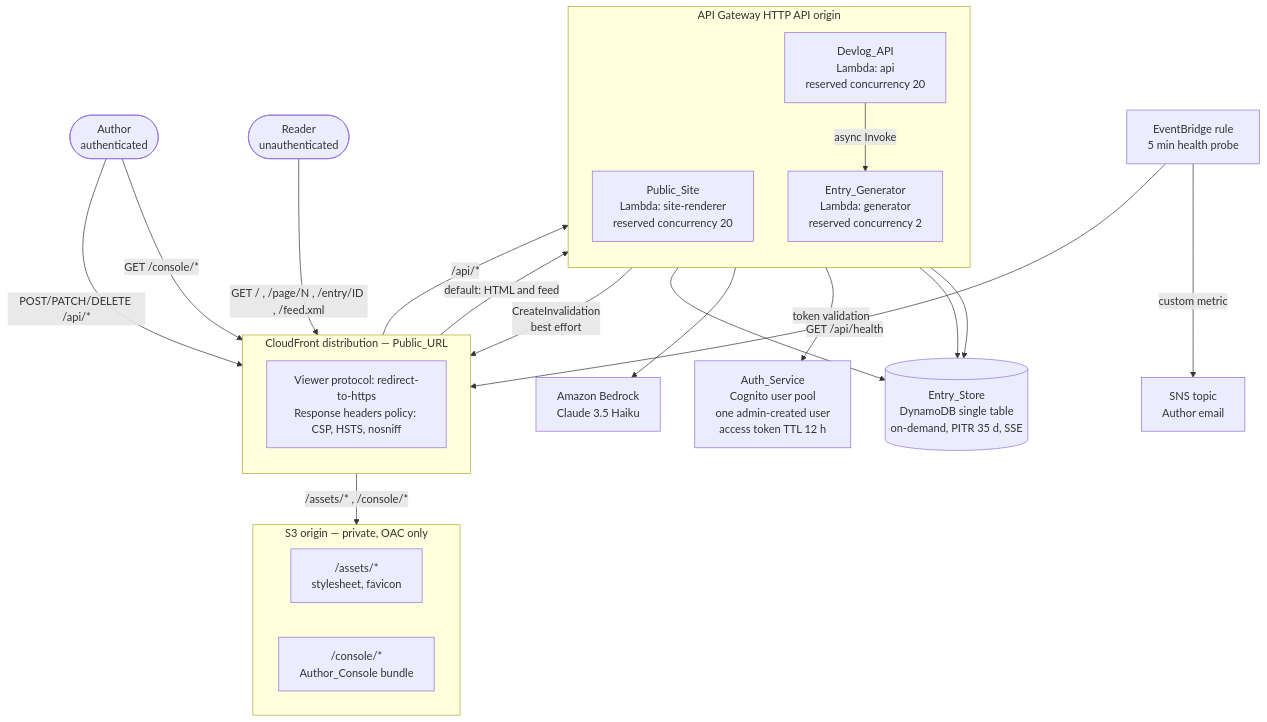
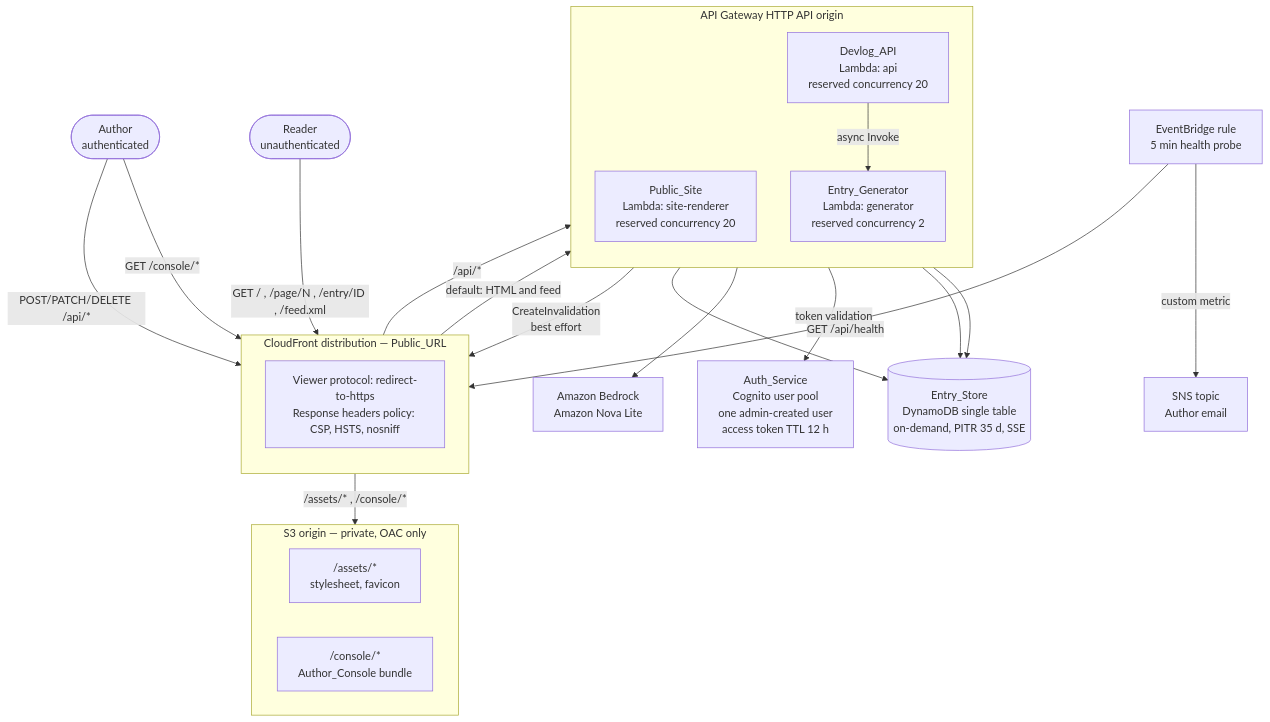
The first of 5 diagrams in .kiro/specs/devlog-narrator/design.md (Binod231/Zero-agent), drawn with Mermaid before and after one commit. The commit also changed other lines of this file and 24 other files, not shown here.

````diff
--- a/.kiro/specs/devlog-narrator/design.md
+++ b/.kiro/specs/devlog-narrator/design.md
@@ -75,46 +75,46 @@
 ```mermaid
 flowchart TB
     Reader([Reader<br/>unauthenticated])
     Author([Author<br/>authenticated])
 
     subgraph Edge["CloudFront distribution — Public_URL"]
         direction TB
         CF["Viewer protocol: redirect-to-https<br/>Response headers policy: CSP, HSTS, nosniff"]
     end
 
     subgraph S3Origin["S3 origin — private, OAC only"]
         Assets["/assets/*<br/>stylesheet, favicon"]
         ConsoleBundle["/console/*<br/>Author_Console bundle"]
     end
 
     subgraph ApiOrigin["API Gateway HTTP API origin"]
         direction TB
         SiteFn["Public_Site<br/>Lambda: site-renderer<br/>reserved concurrency 20"]
         ApiFn["Devlog_API<br/>Lambda: api<br/>reserved concurrency 20"]
         GenFn["Entry_Generator<br/>Lambda: generator<br/>reserved concurrency 2"]
     end
 
     Cognito["Auth_Service<br/>Cognito user pool<br/>one admin-created user<br/>access token TTL 12 h"]
     DDB[("Entry_Store<br/>DynamoDB single table<br/>on-demand, PITR 35 d, SSE")]
-    Bedrock["Amazon Bedrock<br/>Claude 3.5 Haiku"]
+    Bedrock["Amazon Bedrock<br/>Amazon Nova Lite"]
     Probe["EventBridge rule<br/>5 min health probe"]
     SNS["SNS topic<br/>Author email"]
 
     Reader -->|"GET / , /page/N , /entry/ID , /feed.xml"| CF
     Author -->|"GET /console/*"| CF
     Author -->|"POST/PATCH/DELETE /api/*"| CF
 
     CF -->|"/assets/* , /console/*"| S3Origin
     CF -->|"default: HTML and feed"| SiteFn
     CF -->|"/api/*"| ApiFn
 
     SiteFn --> DDB
     ApiFn --> DDB
     ApiFn -->|"token validation"| Cognito
     ApiFn -->|"async Invoke"| GenFn
     ApiFn -->|"CreateInvalidation<br/>best effort"| CF
     GenFn --> Bedrock
     GenFn --> DDB
     Probe -->|"GET /api/health"| CF
     Probe -->|"custom metric"| SNS
 ```
````
